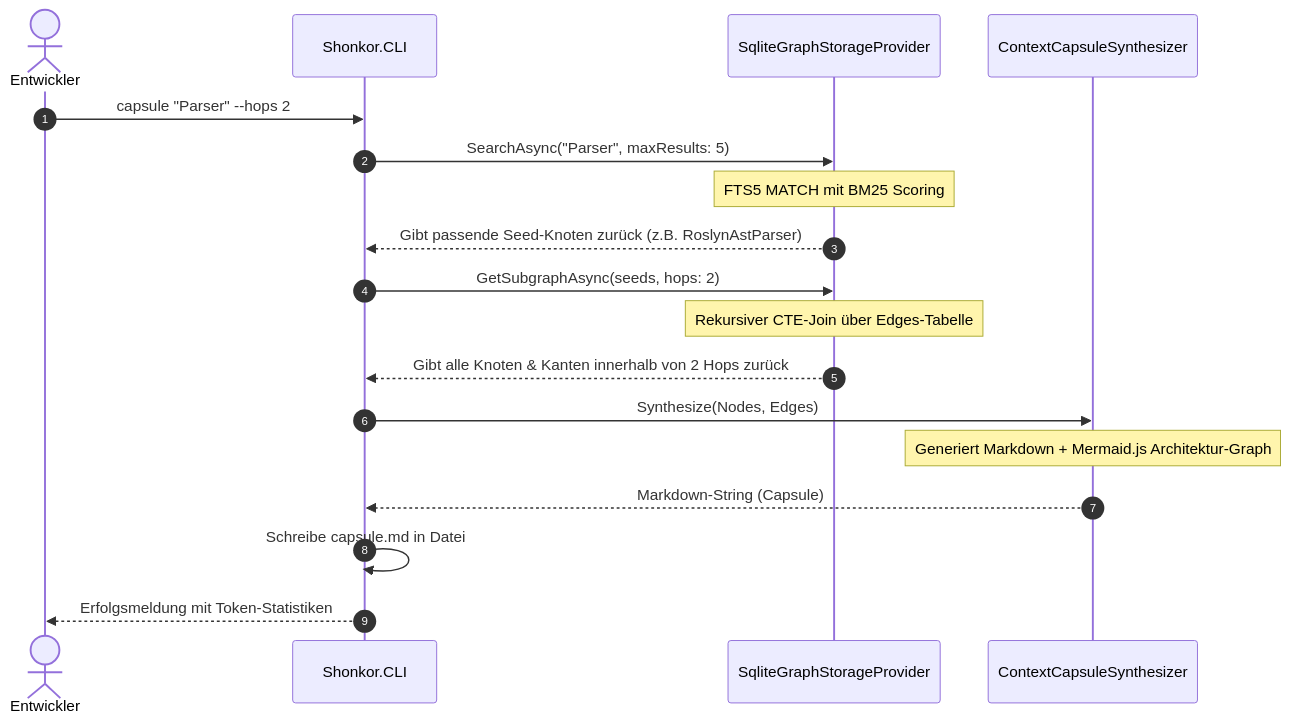
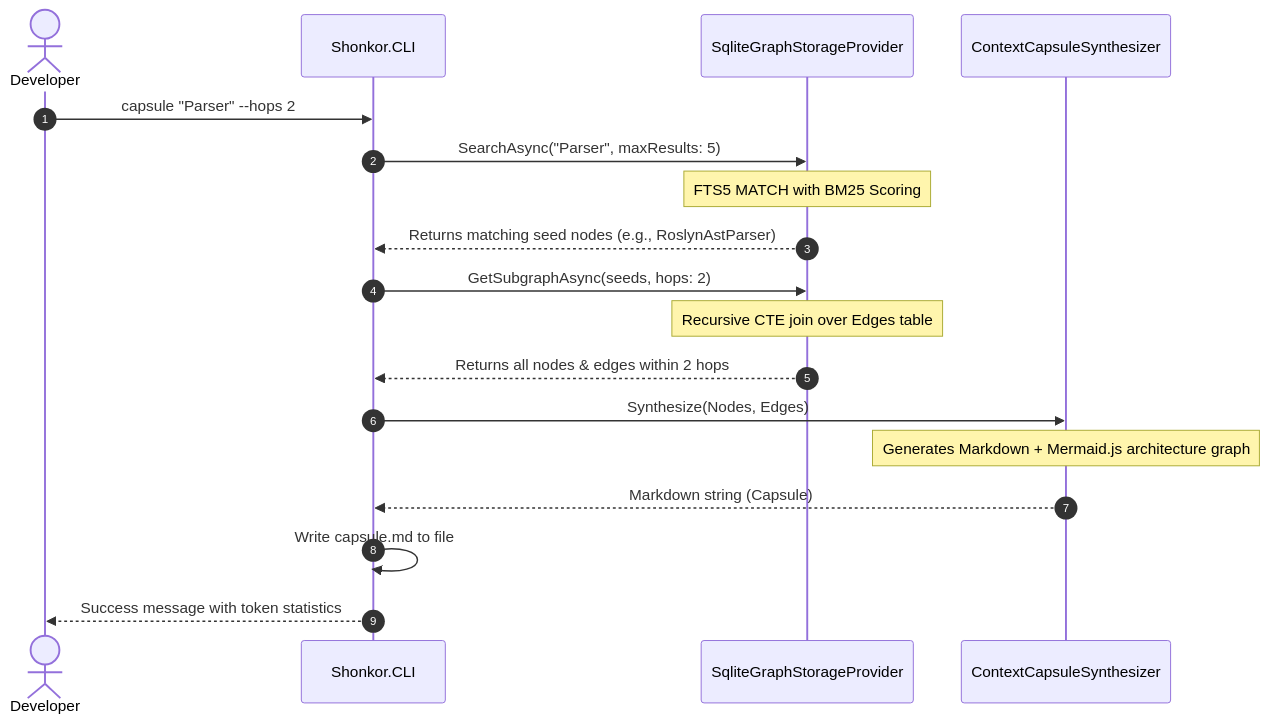
Before and after one commit to MrNedimBoztepe/Shonkor: the second of 2 diagrams in docs/developer/arc42/06_runtime_view.md, drawn with Mermaid. The commit also changed other lines of this file and 29 other files, not shown here.

````diff
--- a/docs/developer/arc42/06_runtime_view.md
+++ b/docs/developer/arc42/06_runtime_view.md
@@ -52,24 +52,24 @@
 ```mermaid
 sequenceDiagram
     autonumber
-    actor Dev as Entwickler
+    actor Dev as Developer
     participant CLI as Shonkor.CLI
     participant Db as SqliteGraphStorageProvider
     participant Synth as ContextCapsuleSynthesizer
 
     Dev->>CLI: capsule "Parser" --hops 2
     CLI->>Db: SearchAsync("Parser", maxResults: 5)
-    Note over Db: FTS5 MATCH mit BM25 Scoring
-    Db-->>CLI: Gibt passende Seed-Knoten zurück (z.B. RoslynAstParser)
+    Note over Db: FTS5 MATCH with BM25 Scoring
+    Db-->>CLI: Returns matching seed nodes (e.g., RoslynAstParser)
     
     CLI->>Db: GetSubgraphAsync(seeds, hops: 2)
-    Note over Db: Rekursiver CTE-Join über Edges-Tabelle
-    Db-->>CLI: Gibt alle Knoten & Kanten innerhalb von 2 Hops zurück
+    Note over Db: Recursive CTE join over Edges table
+    Db-->>CLI: Returns all nodes & edges within 2 hops
     
     CLI->>Synth: Synthesize(Nodes, Edges)
-    Note over Synth: Generiert Markdown + Mermaid.js Architektur-Graph
-    Synth-->>CLI: Markdown-String (Capsule)
+    Note over Synth: Generates Markdown + Mermaid.js architecture graph
+    Synth-->>CLI: Markdown string (Capsule)
     
-    CLI->>CLI: Schreibe capsule.md in Datei
-    CLI-->>Dev: Erfolgsmeldung mit Token-Statistiken
+    CLI->>CLI: Write capsule.md to file
+    CLI-->>Dev: Success message with token statistics
 ```
````
